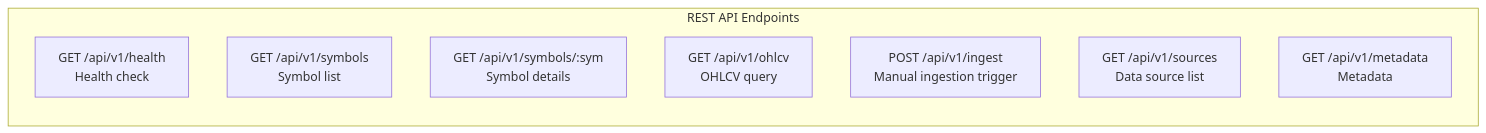
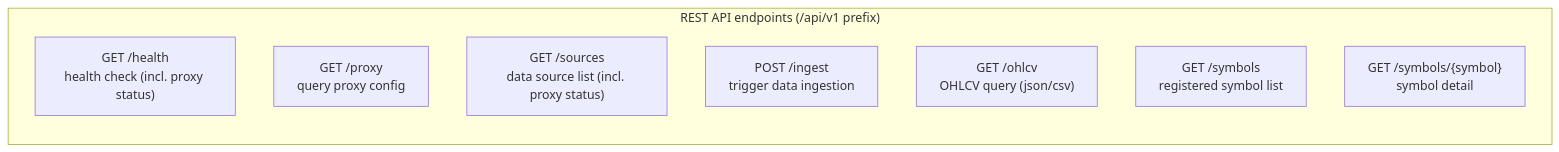
Diagram 15 of 23 in DESIGN.md (RESBI/StockStatistic), drawn with Mermaid before and after one commit. The commit also changed other lines of this file and 12 other files, not shown here.

````diff
--- a/DESIGN.md
+++ b/DESIGN.md
@@ -1044,12 +1066,12 @@
 ```mermaid
 graph LR
-    subgraph "REST API Endpoints"
-        E1["GET /api/v1/health<br/>Health check"]
-        E2["GET /api/v1/symbols<br/>Symbol list"]
-        E3["GET /api/v1/symbols/:sym<br/>Symbol details"]
-        E4["GET /api/v1/ohlcv<br/>OHLCV query"]
-        E5["POST /api/v1/ingest<br/>Manual ingestion trigger"]
-        E6["GET /api/v1/sources<br/>Data source list"]
-        E7["GET /api/v1/metadata<br/>Metadata"]
+    subgraph "REST API endpoints (/api/v1 prefix)"
+        E1["GET /health<br/>health check (incl. proxy status)"]
+        E2["GET /proxy<br/>query proxy config"]
+        E3["GET /sources<br/>data source list (incl. proxy status)"]
+        E4["POST /ingest<br/>trigger data ingestion"]
+        E5["GET /ohlcv<br/>OHLCV query (json/csv)"]
+        E6["GET /symbols<br/>registered symbol list"]
+        E7["GET /symbols/{symbol}<br/>symbol detail"]
     end
 ```
````
